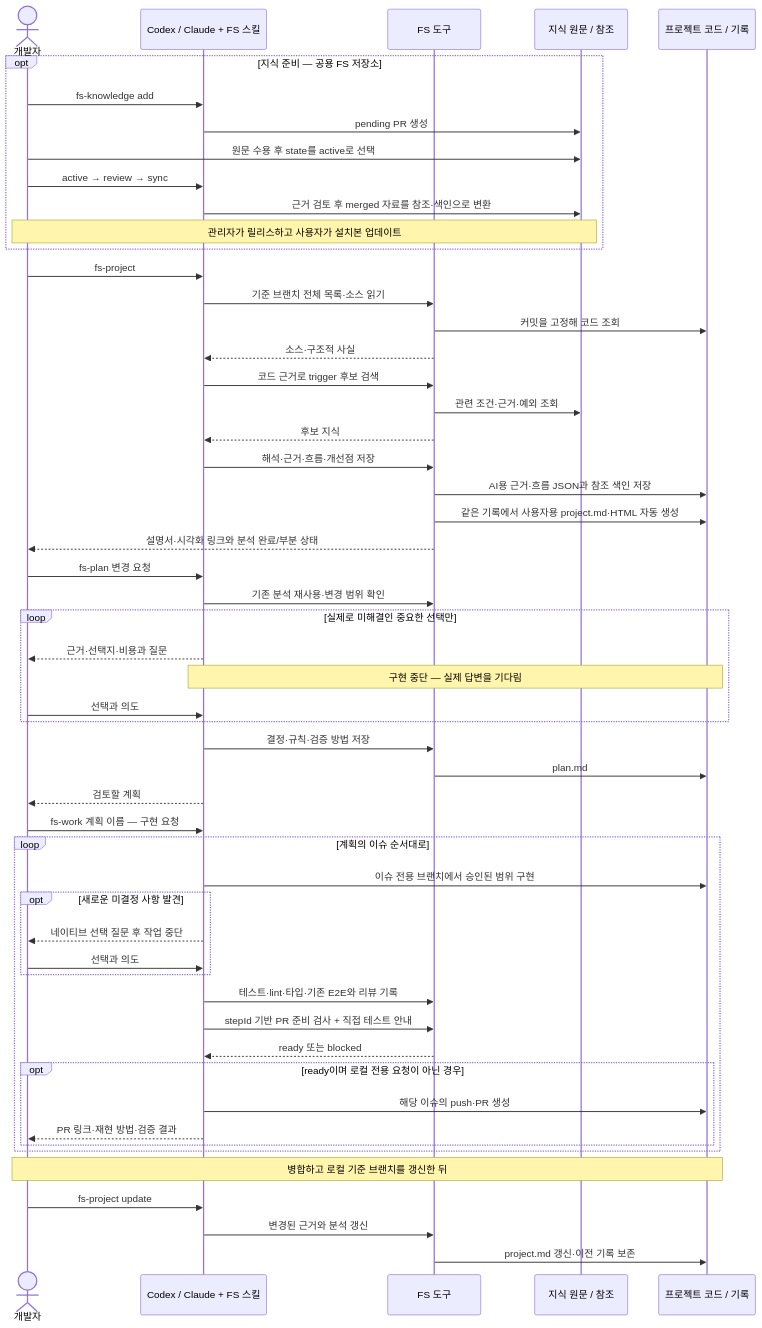
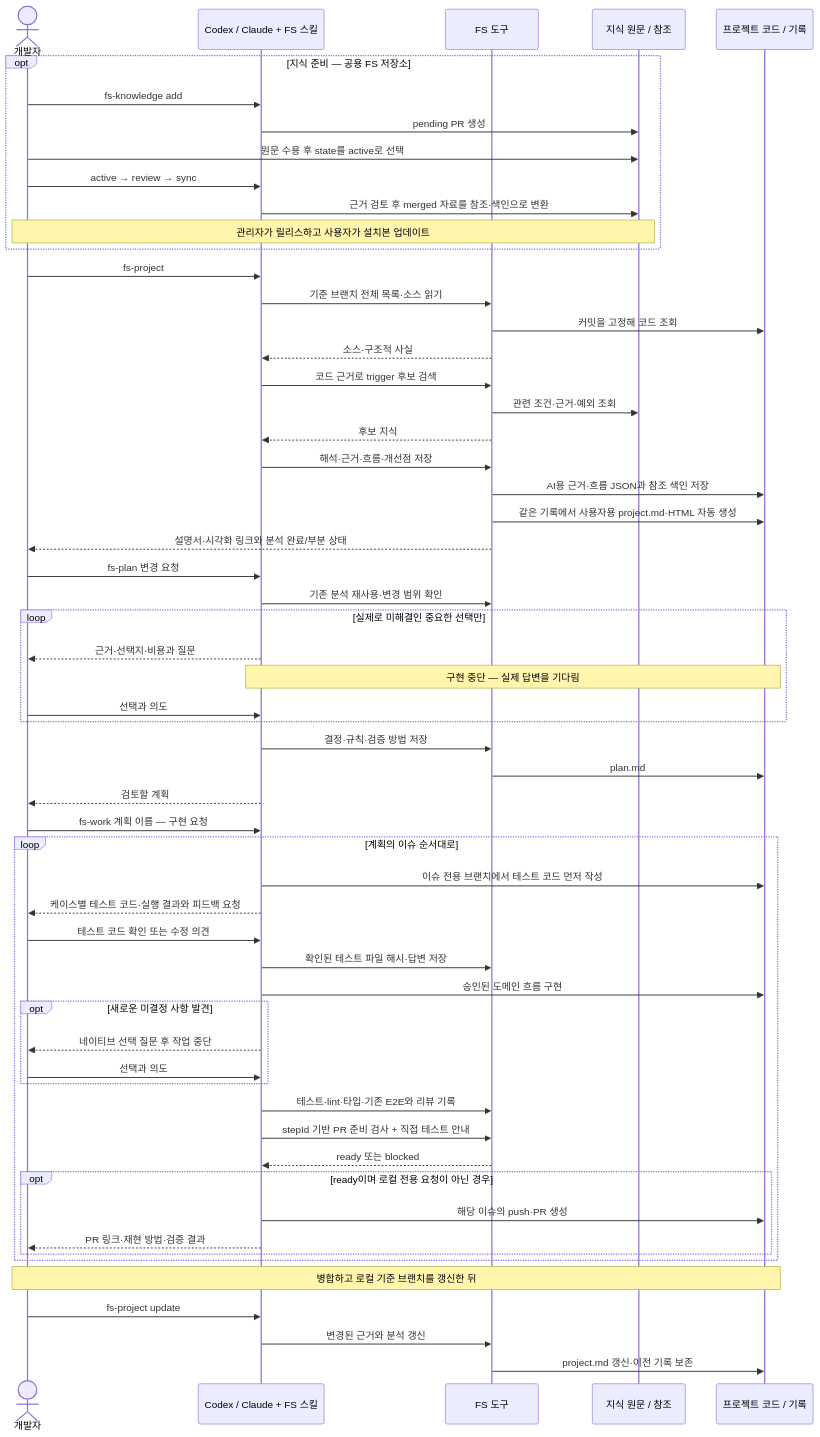
The diagram in README.md (Yelihi/frontend-system), drawn with Mermaid before and after one commit. The commit also changed other lines of this file and 19 other files, not shown here.

````diff
--- a/README.md
+++ b/README.md
@@ -246,56 +280,60 @@
 ```mermaid
 sequenceDiagram
     actor U as 개발자
     participant AI as Codex / Claude + FS 스킬
     participant T as FS 도구
     participant K as 지식 원문 / 참조
     participant P as 프로젝트 코드 / 기록
     opt 지식 준비 — 공용 FS 저장소
         U->>AI: fs-knowledge add
         AI->>K: pending PR 생성
         U->>K: 원문 수용 후 state를 active로 선택
         U->>AI: active → review → sync
         AI->>K: 근거 검토 후 merged 자료를 참조·색인으로 변환
         Note over U,K: 관리자가 릴리스하고 사용자가 설치본 업데이트
     end
     U->>AI: fs-project
     AI->>T: 기준 브랜치 전체 목록·소스 읽기
     T->>P: 커밋을 고정해 코드 조회
     T-->>AI: 소스·구조적 사실
     AI->>T: 코드 근거로 trigger 후보 검색
     T->>K: 관련 조건·근거·예외 조회
     T-->>AI: 후보 지식
     AI->>T: 해석·근거·흐름·개선점 저장
     T->>P: AI용 근거·흐름 JSON과 참조 색인 저장
     T->>P: 같은 기록에서 사용자용 project.md·HTML 자동 생성
     T-->>U: 설명서·시각화 링크와 분석 완료/부분 상태
     U->>AI: fs-plan 변경 요청
     AI->>T: 기존 분석 재사용·변경 범위 확인
     loop 실제로 미해결인 중요한 선택만
         AI-->>U: 근거·선택지·비용과 질문
         Note over AI,P: 구현 중단 — 실제 답변을 기다림
         U->>AI: 선택과 의도
     end
     AI->>T: 결정·규칙·검증 방법 저장
     T->>P: plan.md
     AI-->>U: 검토할 계획
     U->>AI: fs-work 계획 이름 — 구현 요청
     loop 계획의 이슈 순서대로
-        AI->>P: 이슈 전용 브랜치에서 승인된 범위 구현
+        AI->>P: 이슈 전용 브랜치에서 테스트 코드 먼저 작성
+        AI-->>U: 케이스별 테스트 코드·실행 결과와 피드백 요청
+        U->>AI: 테스트 코드 확인 또는 수정 의견
+        AI->>T: 확인된 테스트 파일 해시·답변 저장
+        AI->>P: 승인된 도메인 흐름 구현
         opt 새로운 미결정 사항 발견
             AI-->>U: 네이티브 선택 질문 후 작업 중단
             U->>AI: 선택과 의도
         end
         AI->>T: 테스트·lint·타입·기존 E2E와 리뷰 기록
         AI->>T: stepId 기반 PR 준비 검사 + 직접 테스트 안내
         T-->>AI: ready 또는 blocked
         opt ready이며 로컬 전용 요청이 아닌 경우
             AI->>P: 해당 이슈의 push·PR 생성
             AI-->>U: PR 링크·재현 방법·검증 결과
         end
     end
     Note over U,P: 병합하고 로컬 기준 브랜치를 갱신한 뒤
     U->>AI: fs-project update
     AI->>T: 변경된 근거와 분석 갱신
     T->>P: project.md 갱신·이전 기록 보존
 ```
````
